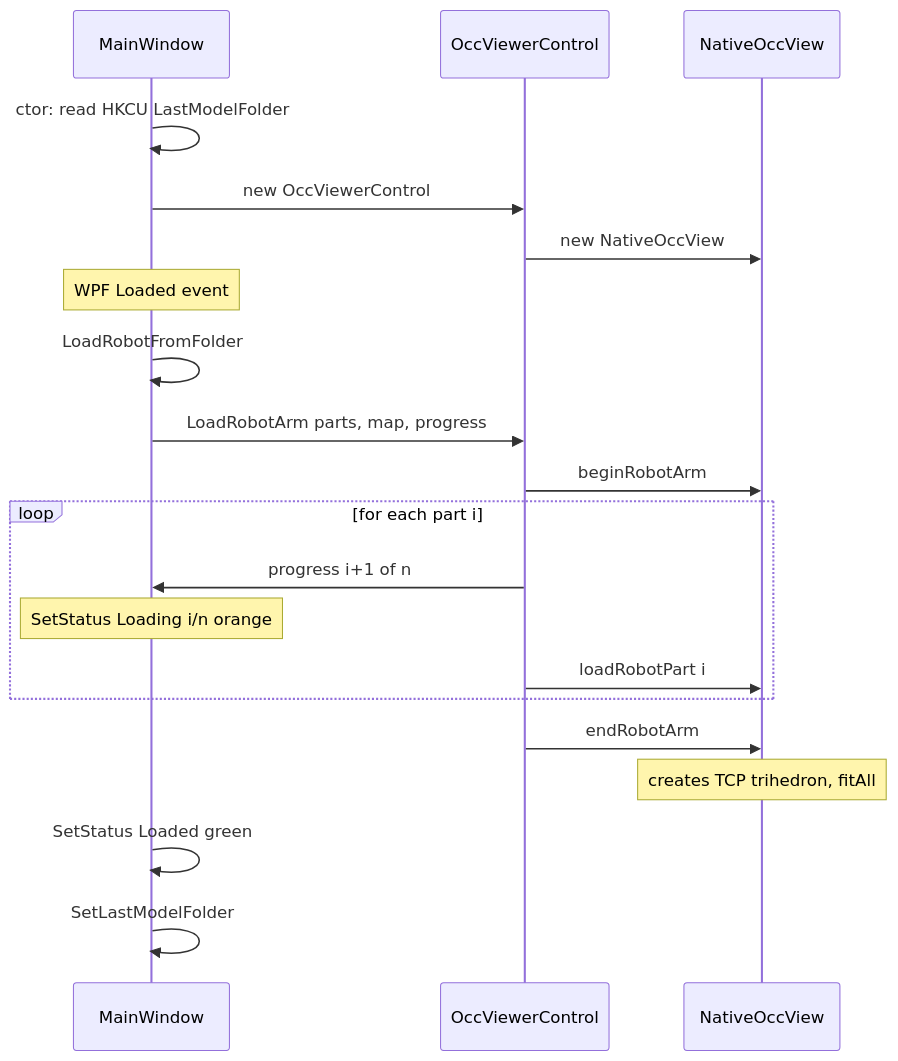
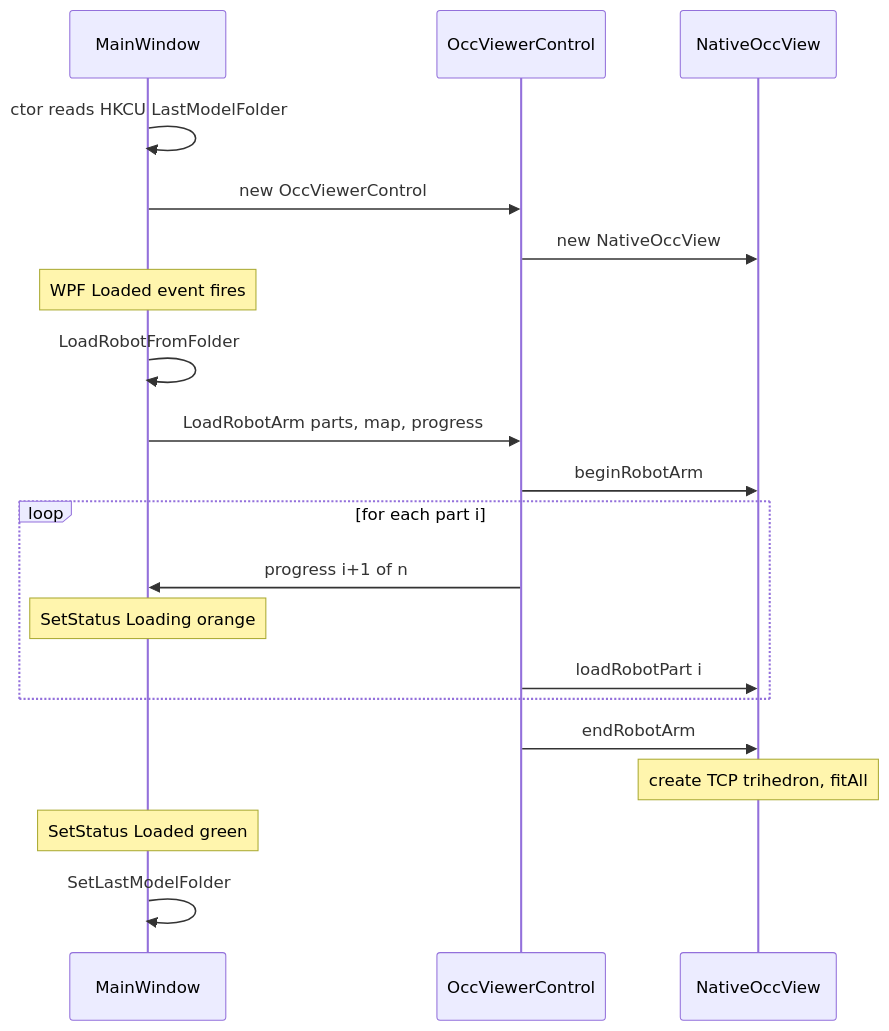
Before and after one commit to ChengChengYang0416/robot-simulation: the second of 3 diagrams in Docs/README.md, drawn with Mermaid. The commit also changed other lines of this file, not shown here.

````diff
--- a/Docs/README.md
+++ b/Docs/README.md
@@ -163,23 +179,23 @@
 ```mermaid
 sequenceDiagram
     participant W as MainWindow
     participant V as OccViewerControl
     participant N as NativeOccView
 
-    W->>W: ctor: read HKCU LastModelFolder
+    W->>W: ctor reads HKCU LastModelFolder
     W->>V: new OccViewerControl
     V->>N: new NativeOccView
-    Note over W: WPF Loaded event
+    Note over W: WPF Loaded event fires
     W->>W: LoadRobotFromFolder
     W->>V: LoadRobotArm parts, map, progress
     V->>N: beginRobotArm
     loop for each part i
         V->>W: progress i+1 of n
-        Note over W: SetStatus Loading i/n orange
+        Note over W: SetStatus Loading orange
         V->>N: loadRobotPart i
     end
     V->>N: endRobotArm
-    Note over N: creates TCP trihedron, fitAll
-    W->>W: SetStatus Loaded green
+    Note over N: create TCP trihedron, fitAll
+    Note over W: SetStatus Loaded green
     W->>W: SetLastModelFolder
 ```
````
